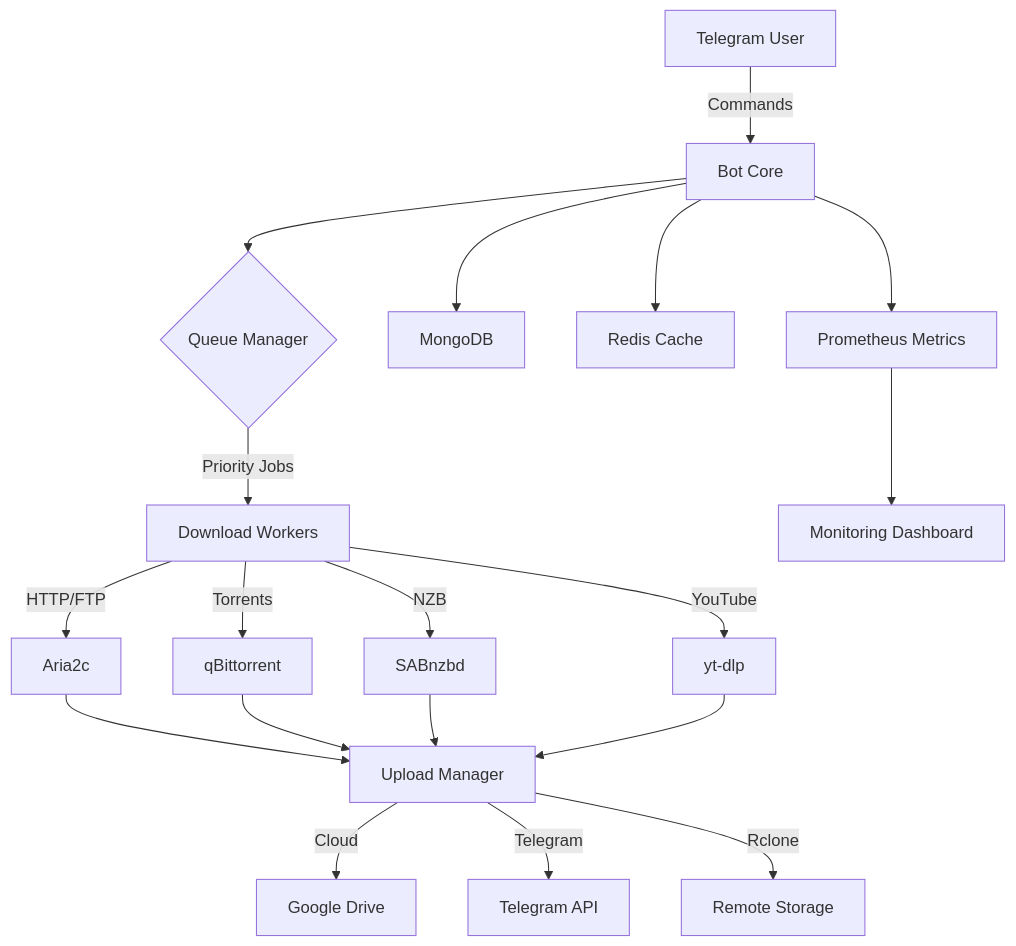
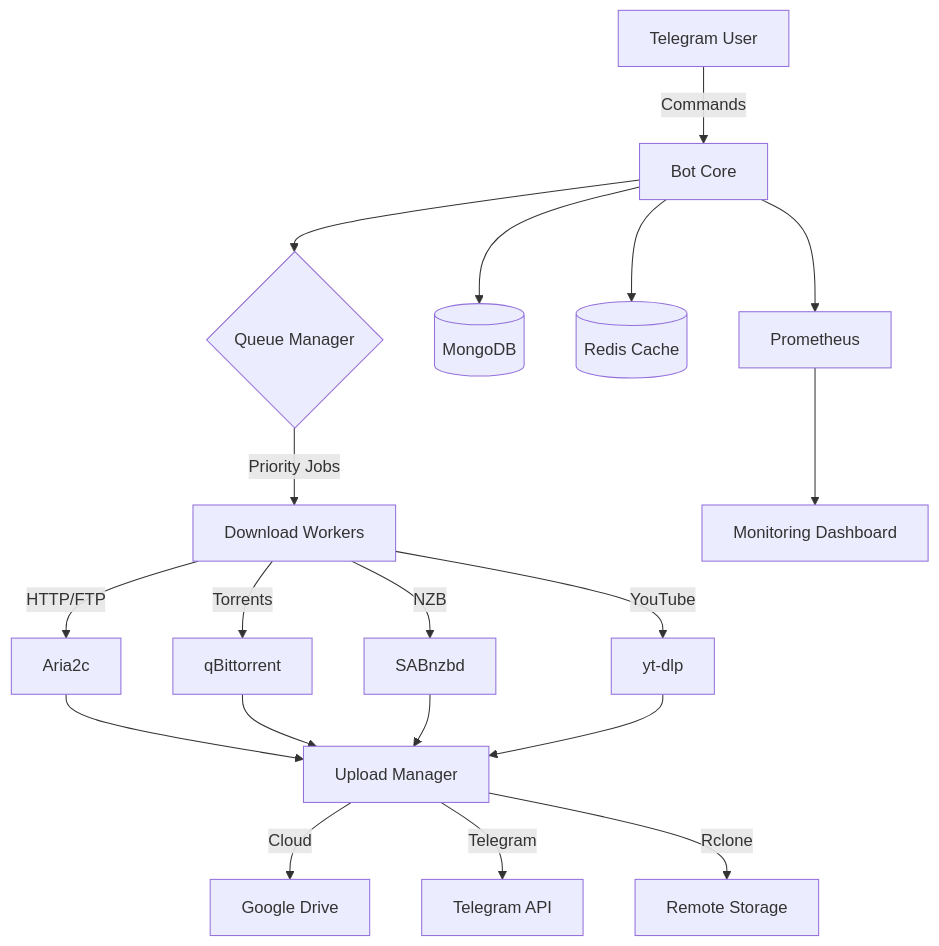
One commit to adirane45/mirror-leech-telegram-bot changed the diagram in README.md. Above: the diagram before and after it, drawn with Mermaid. The commit also changed other lines of this file, not shown here.

````diff
--- a/README.md
+++ b/README.md
@@ -96,18 +94,18 @@
 ```mermaid
 graph TB
     A[Telegram User] -->|Commands| B[Bot Core]
     B --> C{Queue Manager}
     C -->|Priority Jobs| D[Download Workers]
     D -->|HTTP/FTP| E[Aria2c]
     D -->|Torrents| F[qBittorrent]
     D -->|NZB| G[SABnzbd]
     D -->|YouTube| H[yt-dlp]
     E & F & G & H --> I[Upload Manager]
     I -->|Cloud| J[Google Drive]
     I -->|Telegram| K[Telegram API]
     I -->|Rclone| L[Remote Storage]
-    B --> M[MongoDB]
-    B --> N[Redis Cache]
-    B --> O[Prometheus Metrics]
+    B --> M[(MongoDB)]
+    B --> N[(Redis Cache)]
+    B --> O[Prometheus]
     O --> P[Monitoring Dashboard]
 ```
````
